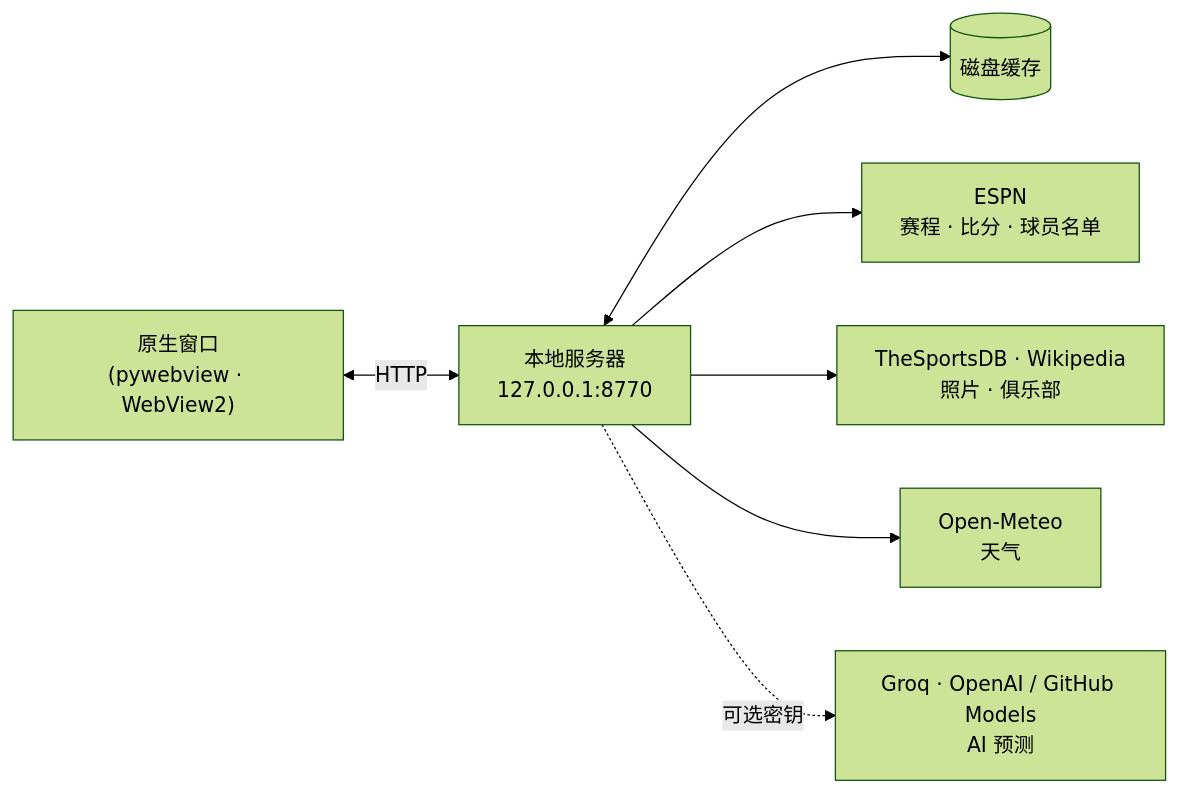
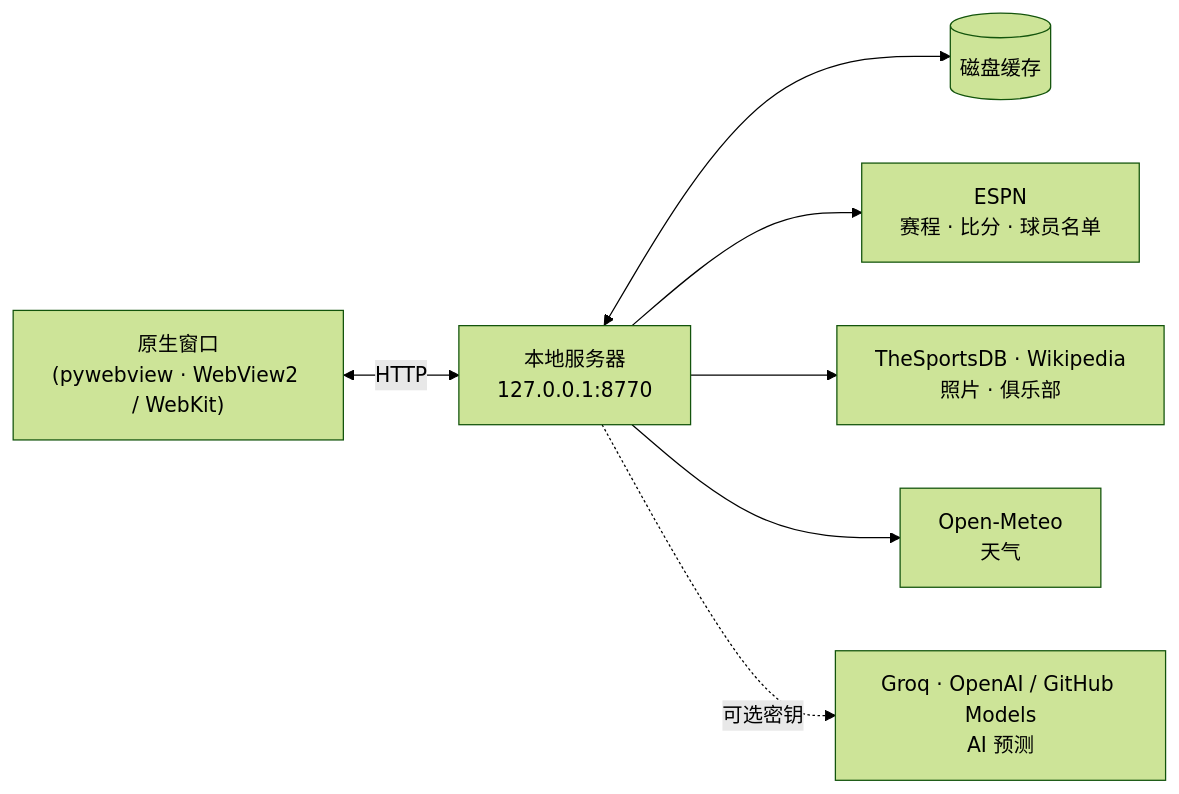
One commit to dongliquan/WorldCup_Pilot changed the diagram in README.zh.md. Above: the diagram before and after it, drawn with Mermaid (forest theme). The commit also changed other lines of this file and 15 other files, not shown here.

````diff
--- a/README.zh.md
+++ b/README.zh.md
@@ -24,9 +24,9 @@
 ```mermaid
 flowchart LR
-  W["原生窗口<br/>(pywebview · WebView2)"] <-->|HTTP| S["本地服务器<br/>127.0.0.1:8770"]
+  W["原生窗口<br/>(pywebview · WebView2 / WebKit)"] <-->|HTTP| S["本地服务器<br/>127.0.0.1:8770"]
   S <--> C[("磁盘缓存")]
   S --> E["ESPN<br/>赛程 · 比分 · 球员名单"]
   S --> T["TheSportsDB · Wikipedia<br/>照片 · 俱乐部"]
   S --> M["Open-Meteo<br/>天气"]
   S -.->|可选密钥| A["Groq · OpenAI / GitHub Models<br/>AI 预测"]
 ```
````
